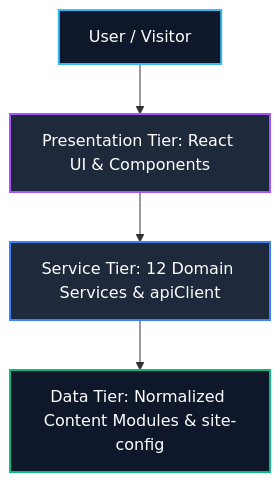
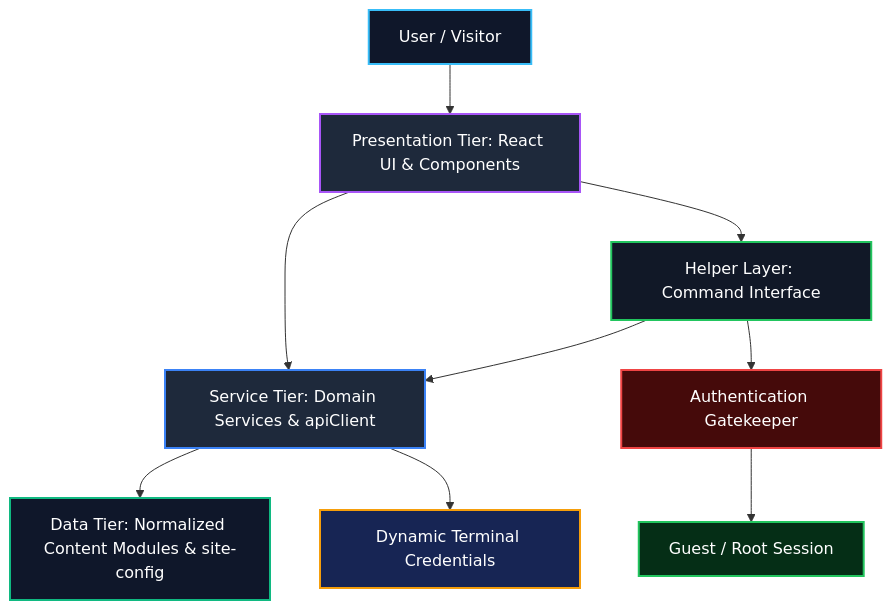
One commit to Haiderali445/portfolio-website changed the fourth of 7 diagrams in README.md. Above: the diagram before and after it, drawn with Mermaid. The commit also changed other lines of this file and 13 other files, not shown here.

Commit message:
feat(readme): document secure command interface and dynamic data architecture

````diff
--- a/README.md
+++ b/README.md
@@ -57,11 +244,22 @@
 ```mermaid
 flowchart TD
     A[User / Visitor] --> B[Presentation Tier: React UI & Components]
-    B --> C[Service Tier: 12 Domain Services & apiClient]
+    B --> C[Service Tier: Domain Services & apiClient]
     C --> D[Data Tier: Normalized Content Modules & site-config]
+
+    B --> E[Helper Layer: Command Interface]
+    E --> C
+
+    C --> F[Dynamic Terminal Credentials]
+    E --> G[Authentication Gatekeeper]
+    G --> H[Guest / Root Session]
+
     style A fill:#0f172a,stroke:#38bdf8,stroke-width:2px,color:#fff
     style B fill:#1e293b,stroke:#a855f7,stroke-width:2px,color:#fff
     style C fill:#1e293b,stroke:#3b82f6,stroke-width:2px,color:#fff
     style D fill:#0f172a,stroke:#10b981,stroke-width:2px,color:#fff
-
+    style E fill:#111827,stroke:#22c55e,stroke-width:2px,color:#fff
+    style F fill:#172554,stroke:#f59e0b,stroke-width:2px,color:#fff
+    style G fill:#450a0a,stroke:#ef4444,stroke-width:2px,color:#fff
+    style H fill:#052e16,stroke:#22c55e,stroke-width:2px,color:#fff
 ```
````
